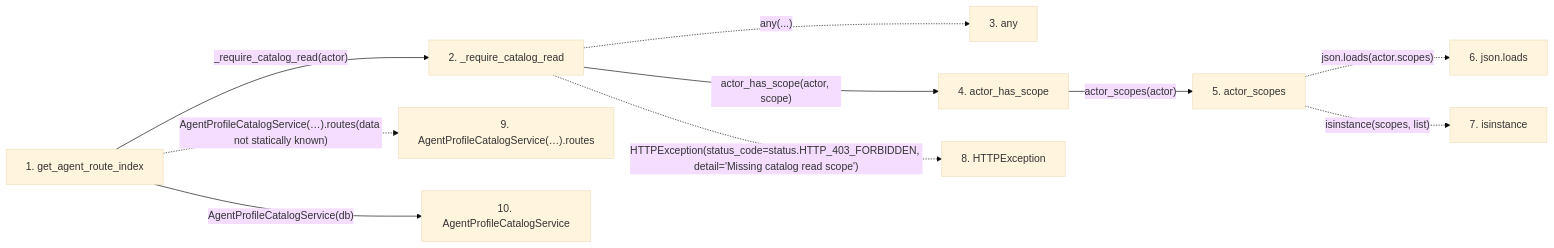
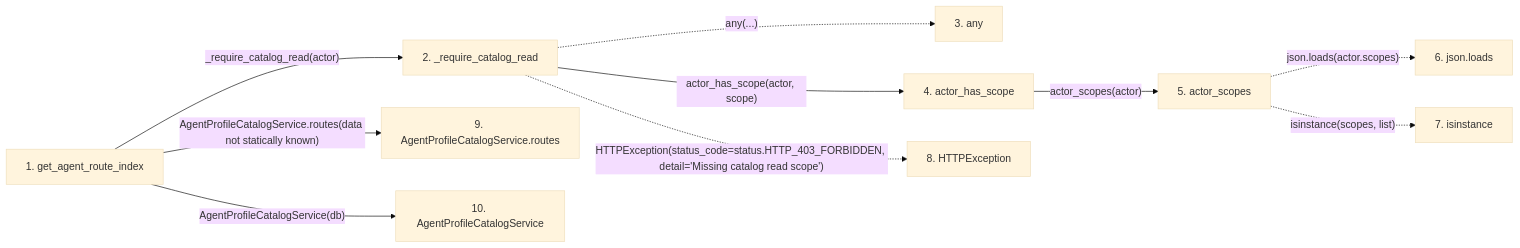
One commit to Denissvgn/WorkChord changed the second of 2 diagrams in docs/llm_wiki/flows/http-get_agent_route_index.md. Above: the diagram before and after it, drawn with Mermaid (base theme). The commit also changed other lines of this file and 25171 other files, not shown here.

````diff
--- a/docs/llm_wiki/flows/http-get_agent_route_index.md
+++ b/docs/llm_wiki/flows/http-get_agent_route_index.md
@@ -36,27 +68,28 @@
 ```mermaid
 flowchart LR
     s1["1. get_agent_route_index"]
     s2["2. _require_catalog_read"]
     s3["3. any"]
     s4["4. actor_has_scope"]
     s5["5. actor_scopes"]
     s6["6. json.loads"]
     s7["7. isinstance"]
     s8["8. HTTPException"]
-    s9["9. AgentProfileCatalogService(…).routes"]
+    s9["9. AgentProfileCatalogService.routes"]
     s10["10. AgentProfileCatalogService"]
     s1 -->|"_require_catalog_read(actor)"| s2
     s2 -. "any(...)" .-> s3
     s2 -->|"actor_has_scope(actor, scope)"| s4
     s4 -->|"actor_scopes(actor)"| s5
     s5 -. "json.loads(actor.scopes)" .-> s6
     s5 -. "isinstance(scopes, list)" .-> s7
     s2 -. "HTTPException(status_code=status.HTTP_403_FORBIDDEN, detail='Missing catalog read scope')" .-> s8
-    s1 -. "AgentProfileCatalogService(…).routes(data not statically known)" .-> s9
+    s1 -->|"AgentProfileCatalogService.routes(data not statically known)"| s9
     s1 -->|"AgentProfileCatalogService(db)"| s10
     click s1 "../modules/agent_catalog.md"
     click s2 "../modules/agent_catalog.md"
     click s4 "../modules/agent_service.md"
     click s5 "../modules/agent_service.md"
+    click s9 "../modules/agent_profile_catalog_service.md"
     click s10 "../modules/agent_profile_catalog_service.md"
 ```
````
